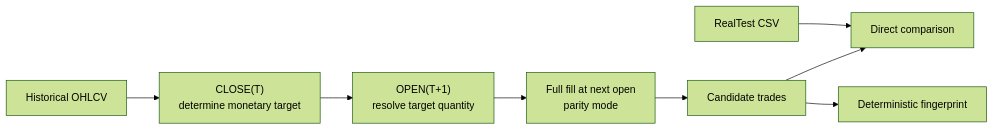
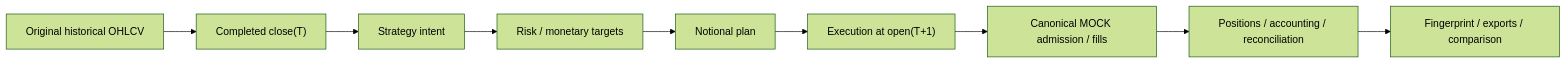
The first of 2 diagrams in docs/codex/ARCHITECTURE_FULL.md (JuanLopezg/Market-Data-Collection-and-Backtesting-Framework), drawn with Mermaid (forest theme) before and after one commit. The commit also changed other lines of this file and 634 other files, not shown here.

````diff
--- a/docs/codex/ARCHITECTURE_FULL.md
+++ b/docs/codex/ARCHITECTURE_FULL.md
@@ -162,19 +62,11 @@
 ```mermaid
 flowchart LR
-    OHLCV["Historical OHLCV"]
-    CLOSE["CLOSE(T)<br/>determine monetary target"]
-    NEXTOPEN["OPEN(T+1)<br/>resolve target quantity"]
-    FULLFILL["Full fill at next open<br/>parity mode"]
-    TRADES["Candidate trades"]
-    REAL["RealTest CSV"]
-    COMP["Direct comparison"]
-    FP["Deterministic fingerprint"]
-
-    OHLCV --> CLOSE
-    CLOSE --> NEXTOPEN
-    NEXTOPEN --> FULLFILL
-    FULLFILL --> TRADES
-    TRADES --> COMP
-    REAL --> COMP
-    TRADES --> FP
+    INPUT["Original historical OHLCV"] --> CLOSE["Completed close(T)"]
+    CLOSE --> SIGNAL["Strategy intent"]
+    SIGNAL --> RISK["Risk / monetary targets"]
+    RISK --> PLAN["Notional plan"]
+    PLAN --> OPEN["Execution at open(T+1)"]
+    OPEN --> VENUE["Canonical MOCK admission / fills"]
+    VENUE --> ACCOUNT["Positions / accounting / reconciliation"]
+    ACCOUNT --> OUTPUT["Fingerprint / exports / comparison"]
 ```
````
